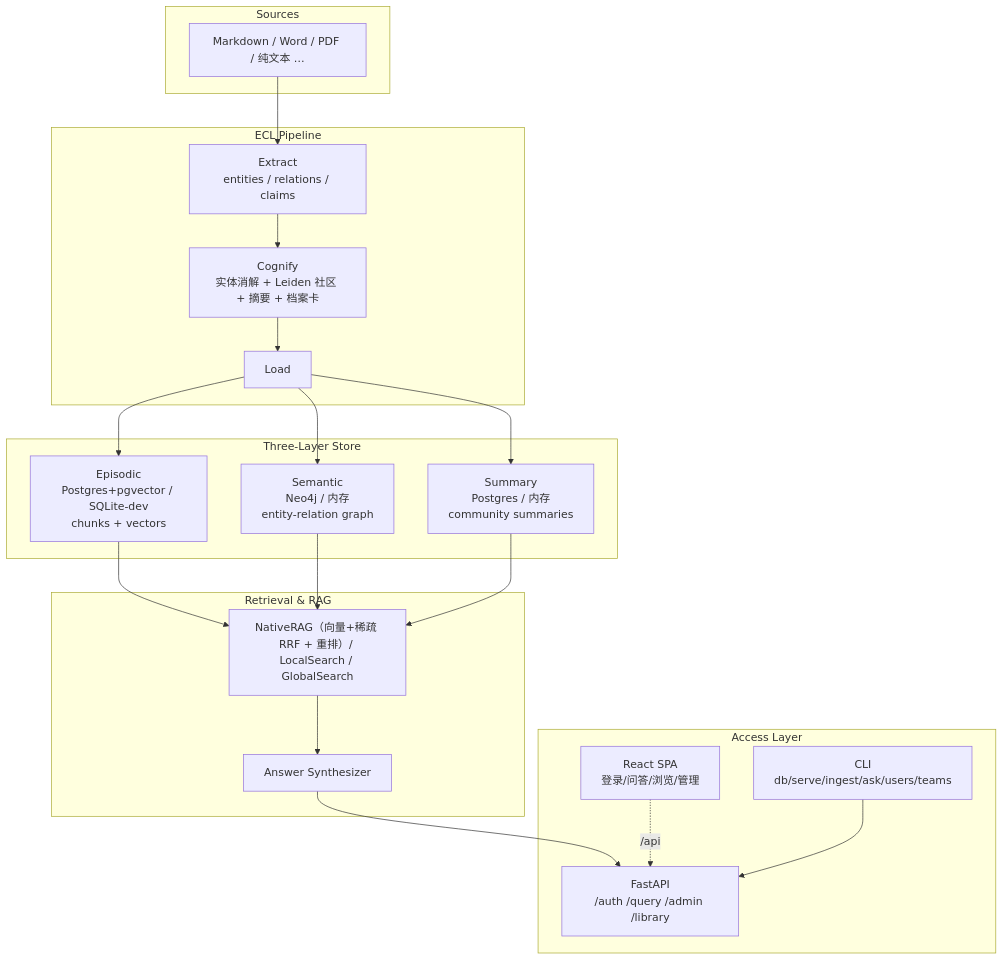
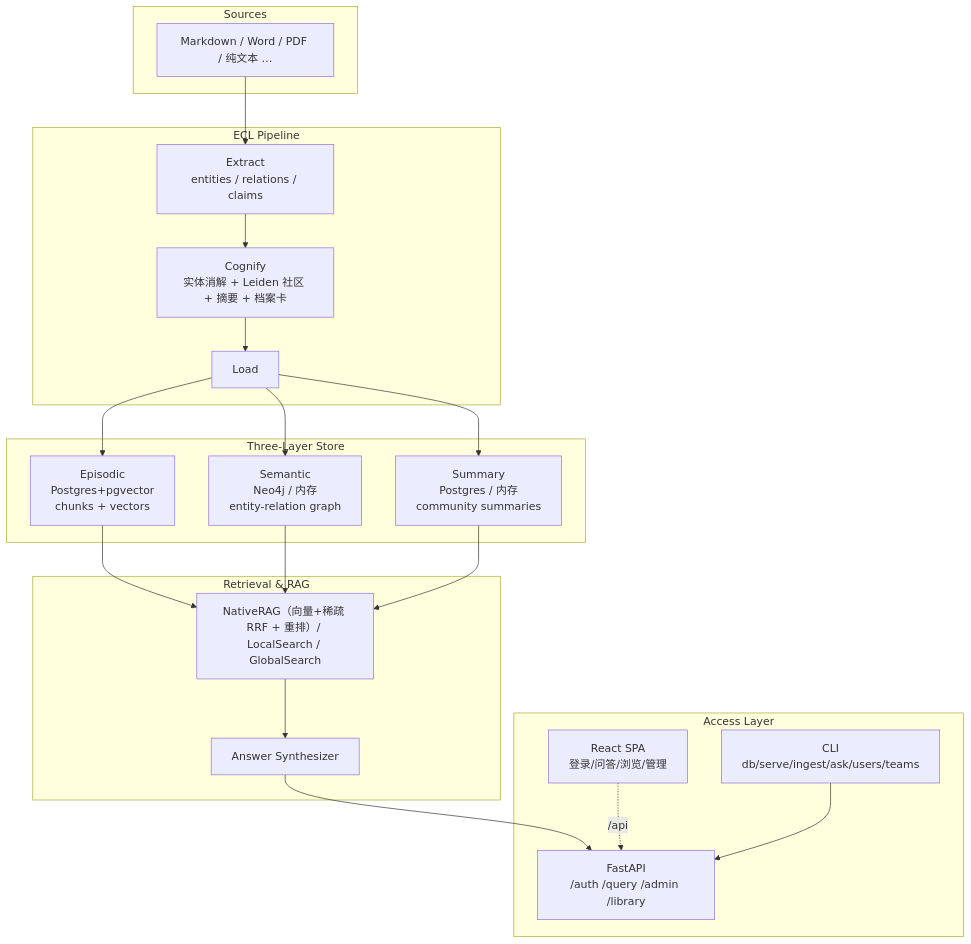
Before and after one commit to cyberwalker0419/Calliodesmo: the first of 2 diagrams in README.md, drawn with Mermaid. The commit also changed other lines of this file and 24 other files, not shown here.

First line of the commit message:
feat(p4.5): Task 1 清 SQLite 切真实 PG+pgvector+Neo4j（走 .env）

````diff
--- a/README.md
+++ b/README.md
@@ -39,30 +39,30 @@
 ```mermaid
 graph TB
     subgraph Src["Sources"]
         D["Markdown / Word / PDF / 纯文本 …"]
     end
     subgraph ECL["ECL Pipeline"]
         E["Extract<br/>entities / relations / claims"]
         C["Cognify<br/>实体消解 + Leiden 社区 + 摘要 + 档案卡"]
         L["Load"]
     end
     subgraph Store["Three-Layer Store"]
-        S1["Episodic<br/>Postgres+pgvector / SQLite-dev<br/>chunks + vectors"]
+        S1["Episodic<br/>Postgres+pgvector<br/>chunks + vectors"]
         S2["Semantic<br/>Neo4j / 内存<br/>entity-relation graph"]
         S3["Summary<br/>Postgres / 内存<br/>community summaries"]
     end
     subgraph Retrieval["Retrieval & RAG"]
         RAG["NativeRAG（向量+稀疏 RRF + 重排）/ LocalSearch / GlobalSearch"]
         SYN["Answer Synthesizer"]
     end
     subgraph Access["Access Layer"]
         API["FastAPI<br/>/auth /query /admin /library"]
         UI["React SPA<br/>登录/问答/浏览/管理"]
         CLI["CLI<br/>db/serve/ingest/ask/users/teams"]
     end
     D --> E --> C --> L
     L --> S1 & S2 & S3
     S1 & S2 & S3 --> RAG --> SYN --> API
     UI -. /api .-> API
     CLI --> API
 ```
````
